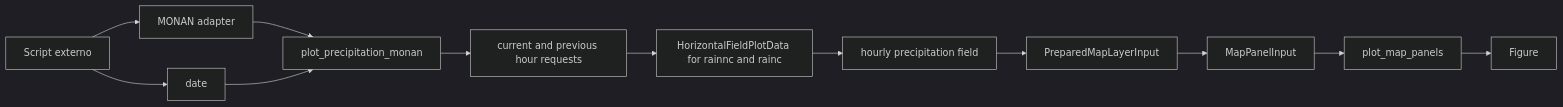
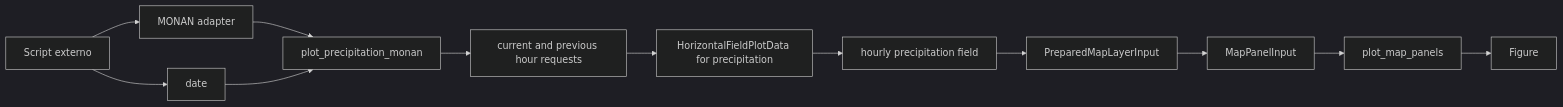
One commit to farachegt/visualize_thesis changed the first of 2 diagrams in docs/c4/plot-core/recipes/13-precipitation-monan.md. Above: the diagram before and after it, drawn with Mermaid (dark theme). The commit also changed other lines of this file and 4 other files, not shown here.

````diff
--- a/docs/c4/plot-core/recipes/13-precipitation-monan.md
+++ b/docs/c4/plot-core/recipes/13-precipitation-monan.md
@@ -29,14 +29,14 @@
 ```mermaid
 flowchart LR
     A[Script externo] --> B[MONAN adapter]
     A --> C[date]
     B --> D[plot_precipitation_monan]
     C --> D
     D --> E[current and previous hour requests]
-    E --> F[HorizontalFieldPlotData for rainnc and rainc]
+    E --> F[HorizontalFieldPlotData for precipitation]
     F --> G[hourly precipitation field]
     G --> H[PreparedMapLayerInput]
     H --> I[MapPanelInput]
     I --> J[plot_map_panels]
     J --> K[Figure]
 ```
````
